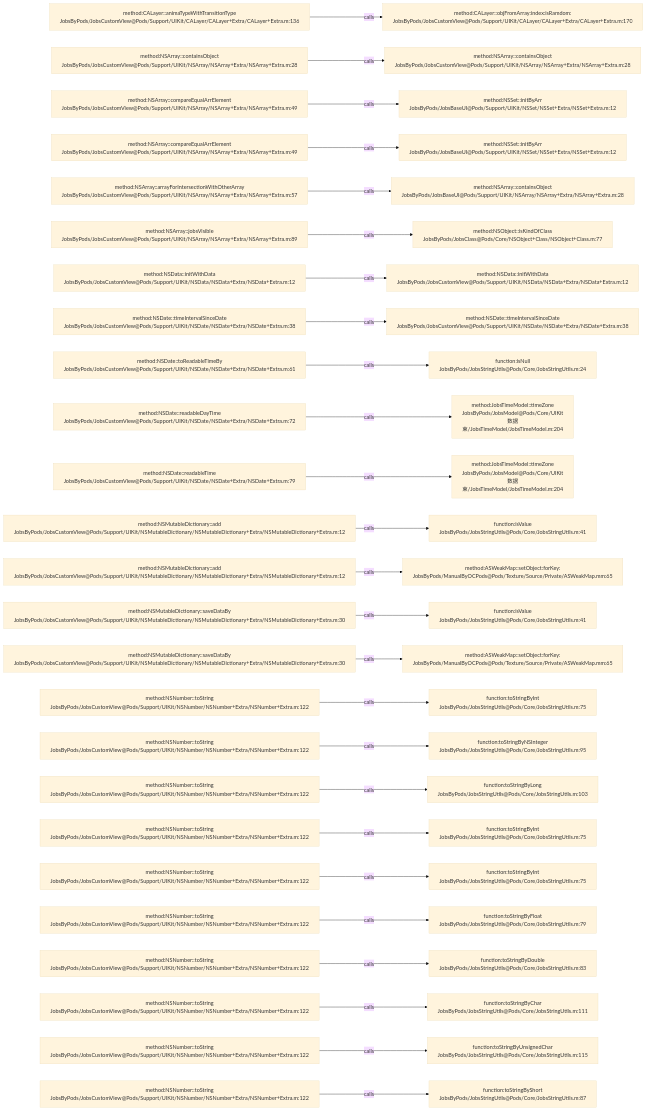
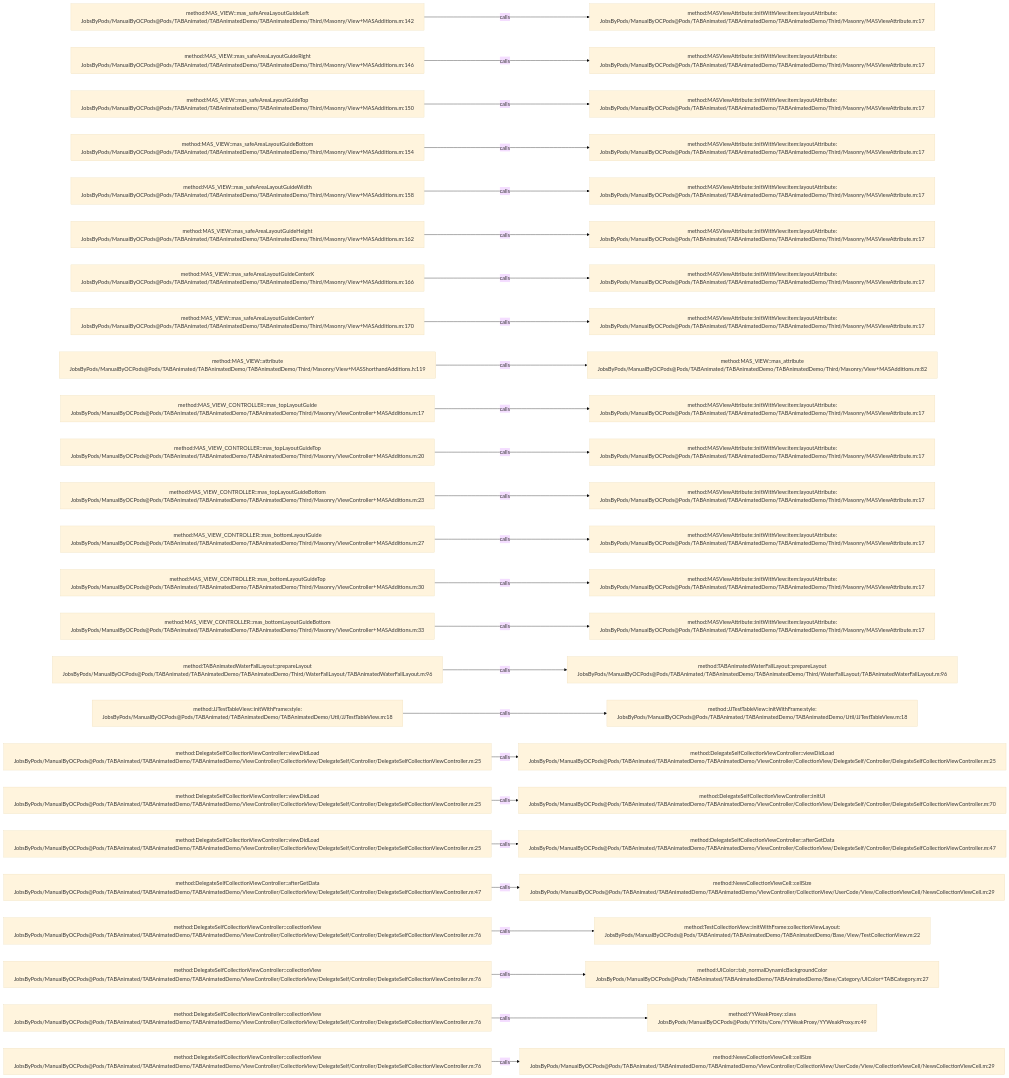
Before and after one commit to JobsKits/JobsOCBaseConfigDemo: the diagram in .codegraph/codegraph.md/graphs/calls-055.md, drawn with Mermaid (base theme). The commit also changed 2162 other files, not shown here.

````diff
--- a/.codegraph/codegraph.md/graphs/calls-055.md
+++ b/.codegraph/codegraph.md/graphs/calls-055.md
@@ -13,78 +13,78 @@
 ```mermaid
 flowchart LR
-  S1["method:CALayer::animaTypeWithTransitionType<br/>JobsByPods/JobsCustomView@Pods/Support/UIKit/CALayer/CALayer+Extra/CALayer+Extra.m:136"]
-  T1["method:CALayer::objFromArray:index:isRamdom:<br/>JobsByPods/JobsCustomView@Pods/Support/UIKit/CALayer/CALayer+Extra/CALayer+Extra.m:170"]
+  S1["method:MAS_VIEW::mas_safeAreaLayoutGuideLeft<br/>JobsByPods/ManualByOCPods@Pods/TABAnimated/TABAnimatedDemo/TABAnimatedDemo/Third/Masonry/View+MASAdditions.m:142"]
+  T1["method:MASViewAttribute::initWithView:item:layoutAttribute:<br/>JobsByPods/ManualByOCPods@Pods/TABAnimated/TABAnimatedDemo/TABAnimatedDemo/Third/Masonry/MASViewAttribute.m:17"]
   S1 -->|calls| T1
-  S2["method:NSArray::containsObject<br/>JobsByPods/JobsCustomView@Pods/Support/UIKit/NSArray/NSArray+Extra/NSArray+Extra.m:28"]
-  T2["method:NSArray::containsObject<br/>JobsByPods/JobsCustomView@Pods/Support/UIKit/NSArray/NSArray+Extra/NSArray+Extra.m:28"]
+  S2["method:MAS_VIEW::mas_safeAreaLayoutGuideRight<br/>JobsByPods/ManualByOCPods@Pods/TABAnimated/TABAnimatedDemo/TABAnimatedDemo/Third/Masonry/View+MASAdditions.m:146"]
+  T2["method:MASViewAttribute::initWithView:item:layoutAttribute:<br/>JobsByPods/ManualByOCPods@Pods/TABAnimated/TABAnimatedDemo/TABAnimatedDemo/Third/Masonry/MASViewAttribute.m:17"]
   S2 -->|calls| T2
-  S3["method:NSArray::compareEqualArrElement<br/>JobsByPods/JobsCustomView@Pods/Support/UIKit/NSArray/NSArray+Extra/NSArray+Extra.m:49"]
-  T3["method:NSSet::initByArr<br/>JobsByPods/JobsBaseUI@Pods/Support/UIKit/NSSet/NSSet+Extra/NSSet+Extra.m:12"]
+  S3["method:MAS_VIEW::mas_safeAreaLayoutGuideTop<br/>JobsByPods/ManualByOCPods@Pods/TABAnimated/TABAnimatedDemo/TABAnimatedDemo/Third/Masonry/View+MASAdditions.m:150"]
+  T3["method:MASViewAttribute::initWithView:item:layoutAttribute:<br/>JobsByPods/ManualByOCPods@Pods/TABAnimated/TABAnimatedDemo/TABAnimatedDemo/Third/Masonry/MASViewAttribute.m:17"]
   S3 -->|calls| T3
-  S4["method:NSArray::compareEqualArrElement<br/>JobsByPods/JobsCustomView@Pods/Support/UIKit/NSArray/NSArray+Extra/NSArray+Extra.m:49"]
-  T4["method:NSSet::initByArr<br/>JobsByPods/JobsBaseUI@Pods/Support/UIKit/NSSet/NSSet+Extra/NSSet+Extra.m:12"]
+  S4["method:MAS_VIEW::mas_safeAreaLayoutGuideBottom<br/>JobsByPods/ManualByOCPods@Pods/TABAnimated/TABAnimatedDemo/TABAnimatedDemo/Third/Masonry/View+MASAdditions.m:154"]
+  T4["method:MASViewAttribute::initWithView:item:layoutAttribute:<br/>JobsByPods/ManualByOCPods@Pods/TABAnimated/TABAnimatedDemo/TABAnimatedDemo/Third/Masonry/MASViewAttribute.m:17"]
   S4 -->|calls| T4
-  S5["method:NSArray::arrayForIntersectionWithOtherArray<br/>JobsByPods/JobsCustomView@Pods/Support/UIKit/NSArray/NSArray+Extra/NSArray+Extra.m:57"]
-  T5["method:NSArray::containsObject<br/>JobsByPods/JobsBaseUI@Pods/Support/UIKit/NSArray/NSArray+Extra/NSArray+Extra.m:28"]
+  S5["method:MAS_VIEW::mas_safeAreaLayoutGuideWidth<br/>JobsByPods/ManualByOCPods@Pods/TABAnimated/TABAnimatedDemo/TABAnimatedDemo/Third/Masonry/View+MASAdditions.m:158"]
+  T5["method:MASViewAttribute::initWithView:item:layoutAttribute:<br/>JobsByPods/ManualByOCPods@Pods/TABAnimated/TABAnimatedDemo/TABAnimatedDemo/Third/Masonry/MASViewAttribute.m:17"]
   S5 -->|calls| T5
-  S6["method:NSArray::jobsVisible<br/>JobsByPods/JobsCustomView@Pods/Support/UIKit/NSArray/NSArray+Extra/NSArray+Extra.m:89"]
-  T6["method:NSObject::isKindOfClass<br/>JobsByPods/JobsClass@Pods/Core/NSObject+Class/NSObject+Class.m:77"]
+  S6["method:MAS_VIEW::mas_safeAreaLayoutGuideHeight<br/>JobsByPods/ManualByOCPods@Pods/TABAnimated/TABAnimatedDemo/TABAnimatedDemo/Third/Masonry/View+MASAdditions.m:162"]
+  T6["method:MASViewAttribute::initWithView:item:layoutAttribute:<br/>JobsByPods/ManualByOCPods@Pods/TABAnimated/TABAnimatedDemo/TABAnimatedDemo/Third/Masonry/MASViewAttribute.m:17"]
   S6 -->|calls| T6
-  S7["method:NSData::initWithData<br/>JobsByPods/JobsCustomView@Pods/Support/UIKit/NSData/NSData+Extra/NSData+Extra.m:12"]
-  T7["method:NSData::initWithData<br/>JobsByPods/JobsCustomView@Pods/Support/UIKit/NSData/NSData+Extra/NSData+Extra.m:12"]
+  S7["method:MAS_VIEW::mas_safeAreaLayoutGuideCenterX<br/>JobsByPods/ManualByOCPods@Pods/TABAnimated/TABAnimatedDemo/TABAnimatedDemo/Third/Masonry/View+MASAdditions.m:166"]
+  T7["method:MASViewAttribute::initWithView:item:layoutAttribute:<br/>JobsByPods/ManualByOCPods@Pods/TABAnimated/TABAnimatedDemo/TABAnimatedDemo/Third/Masonry/MASViewAttribute.m:17"]
   S7 -->|calls| T7
-  S8["method:NSDate::timeIntervalSinceDate<br/>JobsByPods/JobsCustomView@Pods/Support/UIKit/NSDate/NSDate+Extra/NSDate+Extra.m:38"]
-  T8["method:NSDate::timeIntervalSinceDate<br/>JobsByPods/JobsCustomView@Pods/Support/UIKit/NSDate/NSDate+Extra/NSDate+Extra.m:38"]
+  S8["method:MAS_VIEW::mas_safeAreaLayoutGuideCenterY<br/>JobsByPods/ManualByOCPods@Pods/TABAnimated/TABAnimatedDemo/TABAnimatedDemo/Third/Masonry/View+MASAdditions.m:170"]
+  T8["method:MASViewAttribute::initWithView:item:layoutAttribute:<br/>JobsByPods/ManualByOCPods@Pods/TABAnimated/TABAnimatedDemo/TABAnimatedDemo/Third/Masonry/MASViewAttribute.m:17"]
   S8 -->|calls| T8
-  S9["method:NSDate::toReadableTimeBy<br/>JobsByPods/JobsCustomView@Pods/Support/UIKit/NSDate/NSDate+Extra/NSDate+Extra.m:61"]
-  T9["function:isNull<br/>JobsByPods/JobsStringUtils@Pods/Core/JobsStringUtils.m:24"]
+  S9["method:MAS_VIEW::attribute<br/>JobsByPods/ManualByOCPods@Pods/TABAnimated/TABAnimatedDemo/TABAnimatedDemo/Third/Masonry/View+MASShorthandAdditions.h:119"]
+  T9["method:MAS_VIEW::mas_attribute<br/>JobsByPods/ManualByOCPods@Pods/TABAnimated/TABAnimatedDemo/TABAnimatedDemo/Third/Masonry/View+MASAdditions.m:82"]
   S9 -->|calls| T9
-  S10["method:NSDate::readableDayTime<br/>JobsByPods/JobsCustomView@Pods/Support/UIKit/NSDate/NSDate+Extra/NSDate+Extra.m:72"]
-  T10["method:JobsTimeModel::timeZone<br/>JobsByPods/JobsModel@Pods/Core/UIKit数据束/JobsTimeModel/JobsTimeModel.m:204"]
+  S10["method:MAS_VIEW_CONTROLLER::mas_topLayoutGuide<br/>JobsByPods/ManualByOCPods@Pods/TABAnimated/TABAnimatedDemo/TABAnimatedDemo/Third/Masonry/ViewController+MASAdditions.m:17"]
+  T10["method:MASViewAttribute::initWithView:item:layoutAttribute:<br/>JobsByPods/ManualByOCPods@Pods/TABAnimated/TABAnimatedDemo/TABAnimatedDemo/Third/Masonry/MASViewAttribute.m:17"]
   S10 -->|calls| T10
-  S11["method:NSDate::readableTime<br/>JobsByPods/JobsCustomView@Pods/Support/UIKit/NSDate/NSDate+Extra/NSDate+Extra.m:79"]
-  T11["method:JobsTimeModel::timeZone<br/>JobsByPods/JobsModel@Pods/Core/UIKit数据束/JobsTimeModel/JobsTimeModel.m:204"]
+  S11["method:MAS_VIEW_CONTROLLER::mas_topLayoutGuideTop<br/>JobsByPods/ManualByOCPods@Pods/TABAnimated/TABAnimatedDemo/TABAnimatedDemo/Third/Masonry/ViewController+MASAdditions.m:20"]
+  T11["method:MASViewAttribute::initWithView:item:layoutAttribute:<br/>JobsByPods/ManualByOCPods@Pods/TABAnimated/TABAnimatedDemo/TABAnimatedDemo/Third/Masonry/MASViewAttribute.m:17"]
   S11 -->|calls| T11
-  S12["method:NSMutableDictionary::add<br/>JobsByPods/JobsCustomView@Pods/Support/UIKit/NSMutableDictionary/NSMutableDictionary+Extra/NSMutableDictionary+Extra.m:12"]
-  T12["function:isValue<br/>JobsByPods/JobsStringUtils@Pods/Core/JobsStringUtils.m:41"]
+  S12["method:MAS_VIEW_CONTROLLER::mas_topLayoutGuideBottom<br/>JobsByPods/ManualByOCPods@Pods/TABAnimated/TABAnimatedDemo/TABAnimatedDemo/Third/Masonry/ViewController+MASAdditions.m:23"]
+  T12["method:MASViewAttribute::initWithView:item:layoutAttribute:<br/>JobsByPods/ManualByOCPods@Pods/TABAnimated/TABAnimatedDemo/TABAnimatedDemo/Third/Masonry/MASViewAttribute.m:17"]
   S12 -->|calls| T12
-  S13["method:NSMutableDictionary::add<br/>JobsByPods/JobsCustomView@Pods/Support/UIKit/NSMutableDictionary/NSMutableDictionary+Extra/NSMutableDictionary+Extra.m:12"]
-  T13["method:ASWeakMap::setObject:forKey:<br/>JobsByPods/ManualByOCPods@Pods/Texture/Source/Private/ASWeakMap.mm:65"]
+  S13["method:MAS_VIEW_CONTROLLER::mas_bottomLayoutGuide<br/>JobsByPods/ManualByOCPods@Pods/TABAnimated/TABAnimatedDemo/TABAnimatedDemo/Third/Masonry/ViewController+MASAdditions.m:27"]
+  T13["method:MASViewAttribute::initWithView:item:layoutAttribute:<br/>JobsByPods/ManualByOCPods@Pods/TABAnimated/TABAnimatedDemo/TABAnimatedDemo/Third/Masonry/MASViewAttribute.m:17"]
   S13 -->|calls| T13
-  S14["method:NSMutableDictionary::saveDataBy<br/>JobsByPods/JobsCustomView@Pods/Support/UIKit/NSMutableDictionary/NSMutableDictionary+Extra/NSMutableDictionary+Extra.m:30"]
-  T14["function:isValue<br/>JobsByPods/JobsStringUtils@Pods/Core/JobsStringUtils.m:41"]
+  S14["method:MAS_VIEW_CONTROLLER::mas_bottomLayoutGuideTop<br/>JobsByPods/ManualByOCPods@Pods/TABAnimated/TABAnimatedDemo/TABAnimatedDemo/Third/Masonry/ViewController+MASAdditions.m:30"]
+  T14["method:MASViewAttribute::initWithView:item:layoutAttribute:<br/>JobsByPods/ManualByOCPods@Pods/TABAnimated/TABAnimatedDemo/TABAnimatedDemo/Third/Masonry/MASViewAttribute.m:17"]
   S14 -->|calls| T14
-  S15["method:NSMutableDictionary::saveDataBy<br/>JobsByPods/JobsCustomView@Pods/Support/UIKit/NSMutableDictionary/NSMutableDictionary+Extra/NSMutableDictionary+Extra.m:30"]
-  T15["method:ASWeakMap::setObject:forKey:<br/>JobsByPods/ManualByOCPods@Pods/Texture/Source/Private/ASWeakMap.mm:65"]
+  S15["method:MAS_VIEW_CONTROLLER::mas_bottomLayoutGuideBottom<br/>JobsByPods/ManualByOCPods@Pods/TABAnimated/TABAnimatedDemo/TABAnimatedDemo/Third/Masonry/ViewController+MASAdditions.m:33"]
+  T15["method:MASViewAttribute::initWithView:item:layoutAttribute:<br/>JobsByPods/ManualByOCPods@Pods/TABAnimated/TABAnimatedDemo/TABAnimatedDemo/Third/Masonry/MASViewAttribute.m:17"]
   S15 -->|calls| T15
-  S16["method:NSNumber::toString<br/>JobsByPods/JobsCustomView@Pods/Support/UIKit/NSNumber/NSNumber+Extra/NSNumber+Extra.m:122"]
-  T16["function:toStringByInt<br/>JobsByPods/JobsStringUtils@Pods/Core/JobsStringUtils.m:75"]
+  S16["method:TABAnimatedWaterFallLayout::prepareLayout<br/>JobsByPods/ManualByOCPods@Pods/TABAnimated/TABAnimatedDemo/TABAnimatedDemo/Third/WaterFallLayout/TABAnimatedWaterFallLayout.m:96"]
+  T16["method:TABAnimatedWaterFallLayout::prepareLayout<br/>JobsByPods/ManualByOCPods@Pods/TABAnimated/TABAnimatedDemo/TABAnimatedDemo/Third/WaterFallLayout/TABAnimatedWaterFallLayout.m:96"]
   S16 -->|calls| T16
-  S17["method:NSNumber::toString<br/>JobsByPods/JobsCustomView@Pods/Support/UIKit/NSNumber/NSNumber+Extra/NSNumber+Extra.m:122"]
-  T17["function:toStringByNSInteger<br/>JobsByPods/JobsStringUtils@Pods/Core/JobsStringUtils.m:95"]
+  S17["method:JJTestTableView::initWithFrame:style:<br/>JobsByPods/ManualByOCPods@Pods/TABAnimated/TABAnimatedDemo/TABAnimatedDemo/Util/JJTestTableView.m:18"]
+  T17["method:JJTestTableView::initWithFrame:style:<br/>JobsByPods/ManualByOCPods@Pods/TABAnimated/TABAnimatedDemo/TABAnimatedDemo/Util/JJTestTableView.m:18"]
   S17 -->|calls| T17
-  S18["method:NSNumber::toString<br/>JobsByPods/JobsCustomView@Pods/Support/UIKit/NSNumber/NSNumber+Extra/NSNumber+Extra.m:122"]
-  T18["function:toStringByLong<br/>JobsByPods/JobsStringUtils@Pods/Core/JobsStringUtils.m:103"]
+  S18["method:DelegateSelfCollectionViewController::viewDidLoad<br/>JobsByPods/ManualByOCPods@Pods/TABAnimated/TABAnimatedDemo/TABAnimatedDemo/ViewController/CollectionView/DelegateSelf/Controller/DelegateSelfCollectionViewController.m:25"]
+  T18["method:DelegateSelfCollectionViewController::viewDidLoad<br/>JobsByPods/ManualByOCPods@Pods/TABAnimated/TABAnimatedDemo/TABAnimatedDemo/ViewController/CollectionView/DelegateSelf/Controller/DelegateSelfCollectionViewController.m:25"]
   S18 -->|calls| T18
-  S19["method:NSNumber::toString<br/>JobsByPods/JobsCustomView@Pods/Support/UIKit/NSNumber/NSNumber+Extra/NSNumber+Extra.m:122"]
-  T19["function:toStringByInt<br/>JobsByPods/JobsStringUtils@Pods/Core/JobsStringUtils.m:75"]
+  S19["method:DelegateSelfCollectionViewController::viewDidLoad<br/>JobsByPods/ManualByOCPods@Pods/TABAnimated/TABAnimatedDemo/TABAnimatedDemo/ViewController/CollectionView/DelegateSelf/Controller/DelegateSelfCollectionViewController.m:25"]
+  T19["method:DelegateSelfCollectionViewController::initUI<br/>JobsByPods/ManualByOCPods@Pods/TABAnimated/TABAnimatedDemo/TABAnimatedDemo/ViewController/CollectionView/DelegateSelf/Controller/DelegateSelfCollectionViewController.m:70"]
   S19 -->|calls| T19
-  S20["method:NSNumber::toString<br/>JobsByPods/JobsCustomView@Pods/Support/UIKit/NSNumber/NSNumber+Extra/NSNumber+Extra.m:122"]
-  T20["function:toStringByInt<br/>JobsByPods/JobsStringUtils@Pods/Core/JobsStringUtils.m:75"]
+  S20["method:DelegateSelfCollectionViewController::viewDidLoad<br/>JobsByPods/ManualByOCPods@Pods/TABAnimated/TABAnimatedDemo/TABAnimatedDemo/ViewController/CollectionView/DelegateSelf/Controller/DelegateSelfCollectionViewController.m:25"]
+  T20["method:DelegateSelfCollectionViewController::afterGetData<br/>JobsByPods/ManualByOCPods@Pods/TABAnimated/TABAnimatedDemo/TABAnimatedDemo/ViewController/CollectionView/DelegateSelf/Controller/DelegateSelfCollectionViewController.m:47"]
   S20 -->|calls| T20
-  S21["method:NSNumber::toString<br/>JobsByPods/JobsCustomView@Pods/Support/UIKit/NSNumber/NSNumber+Extra/NSNumber+Extra.m:122"]
-  T21["function:toStringByFloat<br/>JobsByPods/JobsStringUtils@Pods/Core/JobsStringUtils.m:79"]
+  S21["method:DelegateSelfCollectionViewController::afterGetData<br/>JobsByPods/ManualByOCPods@Pods/TABAnimated/TABAnimatedDemo/TABAnimatedDemo/ViewController/CollectionView/DelegateSelf/Controller/DelegateSelfCollectionViewController.m:47"]
+  T21["method:NewsCollectionViewCell::cellSize<br/>JobsByPods/ManualByOCPods@Pods/TABAnimated/TABAnimatedDemo/TABAnimatedDemo/ViewController/CollectionView/UserCode/View/CollectionViewCell/NewsCollectionViewCell.m:29"]
   S21 -->|calls| T21
-  S22["method:NSNumber::toString<br/>JobsByPods/JobsCustomView@Pods/Support/UIKit/NSNumber/NSNumber+Extra/NSNumber+Extra.m:122"]
-  T22["function:toStringByDouble<br/>JobsByPods/JobsStringUtils@Pods/Core/JobsStringUtils.m:83"]
+  S22["method:DelegateSelfCollectionViewController::collectionView<br/>JobsByPods/ManualByOCPods@Pods/TABAnimated/TABAnimatedDemo/TABAnimatedDemo/ViewController/CollectionView/DelegateSelf/Controller/DelegateSelfCollectionViewController.m:76"]
+  T22["method:TestCollectionView::initWithFrame:collectionViewLayout:<br/>JobsByPods/ManualByOCPods@Pods/TABAnimated/TABAnimatedDemo/TABAnimatedDemo/Base/View/TestCollectionView.m:22"]
   S22 -->|calls| T22
-  S23["method:NSNumber::toString<br/>JobsByPods/JobsCustomView@Pods/Support/UIKit/NSNumber/NSNumber+Extra/NSNumber+Extra.m:122"]
-  T23["function:toStringByChar<br/>JobsByPods/JobsStringUtils@Pods/Core/JobsStringUtils.m:111"]
+  S23["method:DelegateSelfCollectionViewController::collectionView<br/>JobsByPods/ManualByOCPods@Pods/TABAnimated/TABAnimatedDemo/TABAnimatedDemo/ViewController/CollectionView/DelegateSelf/Controller/DelegateSelfCollectionViewController.m:76"]
+  T23["method:UIColor::tab_normalDynamicBackgroundColor<br/>JobsByPods/ManualByOCPods@Pods/TABAnimated/TABAnimatedDemo/TABAnimatedDemo/Base/Category/UIColor+TABCategory.m:27"]
   S23 -->|calls| T23
-  S24["method:NSNumber::toString<br/>JobsByPods/JobsCustomView@Pods/Support/UIKit/NSNumber/NSNumber+Extra/NSNumber+Extra.m:122"]
-  T24["function:toStringByUnsignedChar<br/>JobsByPods/JobsStringUtils@Pods/Core/JobsStringUtils.m:115"]
+  S24["method:DelegateSelfCollectionViewController::collectionView<br/>JobsByPods/ManualByOCPods@Pods/TABAnimated/TABAnimatedDemo/TABAnimatedDemo/ViewController/CollectionView/DelegateSelf/Controller/DelegateSelfCollectionViewController.m:76"]
+  T24["method:YYWeakProxy::class<br/>JobsByPods/ManualByOCPods@Pods/YYKits/Core/YYWeakProxy/YYWeakProxy.m:49"]
   S24 -->|calls| T24
-  S25["method:NSNumber::toString<br/>JobsByPods/JobsCustomView@Pods/Support/UIKit/NSNumber/NSNumber+Extra/NSNumber+Extra.m:122"]
-  T25["function:toStringByShort<br/>JobsByPods/JobsStringUtils@Pods/Core/JobsStringUtils.m:87"]
+  S25["method:DelegateSelfCollectionViewController::collectionView<br/>JobsByPods/ManualByOCPods@Pods/TABAnimated/TABAnimatedDemo/TABAnimatedDemo/ViewController/CollectionView/DelegateSelf/Controller/DelegateSelfCollectionViewController.m:76"]
+  T25["method:NewsCollectionViewCell::cellSize<br/>JobsByPods/ManualByOCPods@Pods/TABAnimated/TABAnimatedDemo/TABAnimatedDemo/ViewController/CollectionView/UserCode/View/CollectionViewCell/NewsCollectionViewCell.m:29"]
   S25 -->|calls| T25
 ```
````
